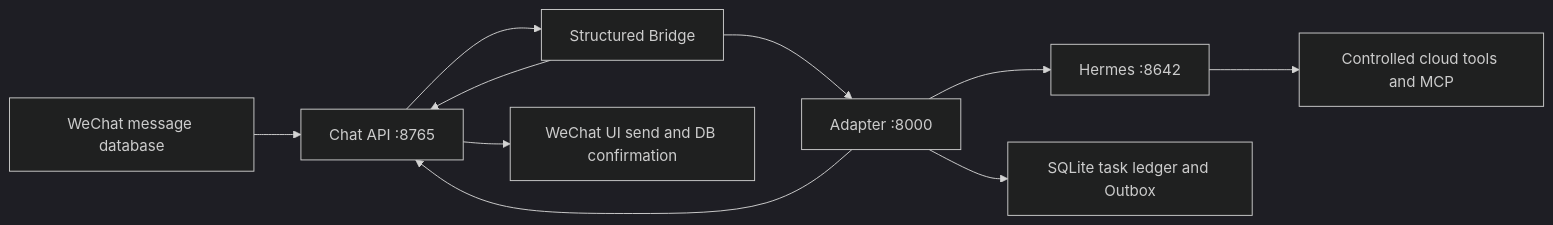
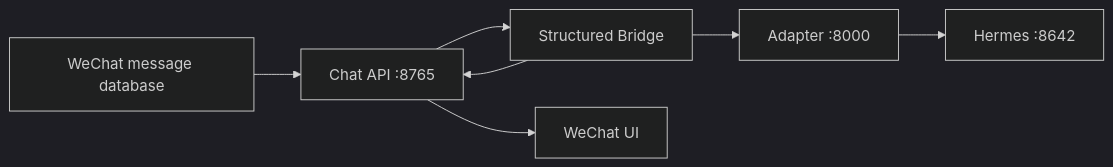
The diagram in README.md (hepderen/wechat-hermes-agent), drawn with Mermaid (dark theme) before and after one commit. The commit also changed other lines of this file and 32 other files, not shown here.

````diff
--- a/README.md
+++ b/README.md
@@ -26,12 +20,9 @@
 ```mermaid
 flowchart LR
-    WXDB["WeChat message database"] --> API["Chat API :8765"]
-    API --> BRIDGE["Structured Bridge"]
-    BRIDGE --> ADAPTER["Adapter :8000"]
-    ADAPTER --> HERMES["Hermes :8642"]
-    HERMES --> TOOLS["Controlled cloud tools and MCP"]
+    DB[WeChat message database] --> API[Chat API :8765]
+    API --> BRIDGE[Structured Bridge]
+    BRIDGE --> ADAPTER[Adapter :8000]
+    ADAPTER --> HERMES[Hermes :8642]
     BRIDGE --> API
-    ADAPTER --> API
-    API --> WXUI["WeChat UI send and DB confirmation"]
-    ADAPTER --> STATE["SQLite task ledger and Outbox"]
+    API --> WXUI[WeChat UI]
 ```
````
